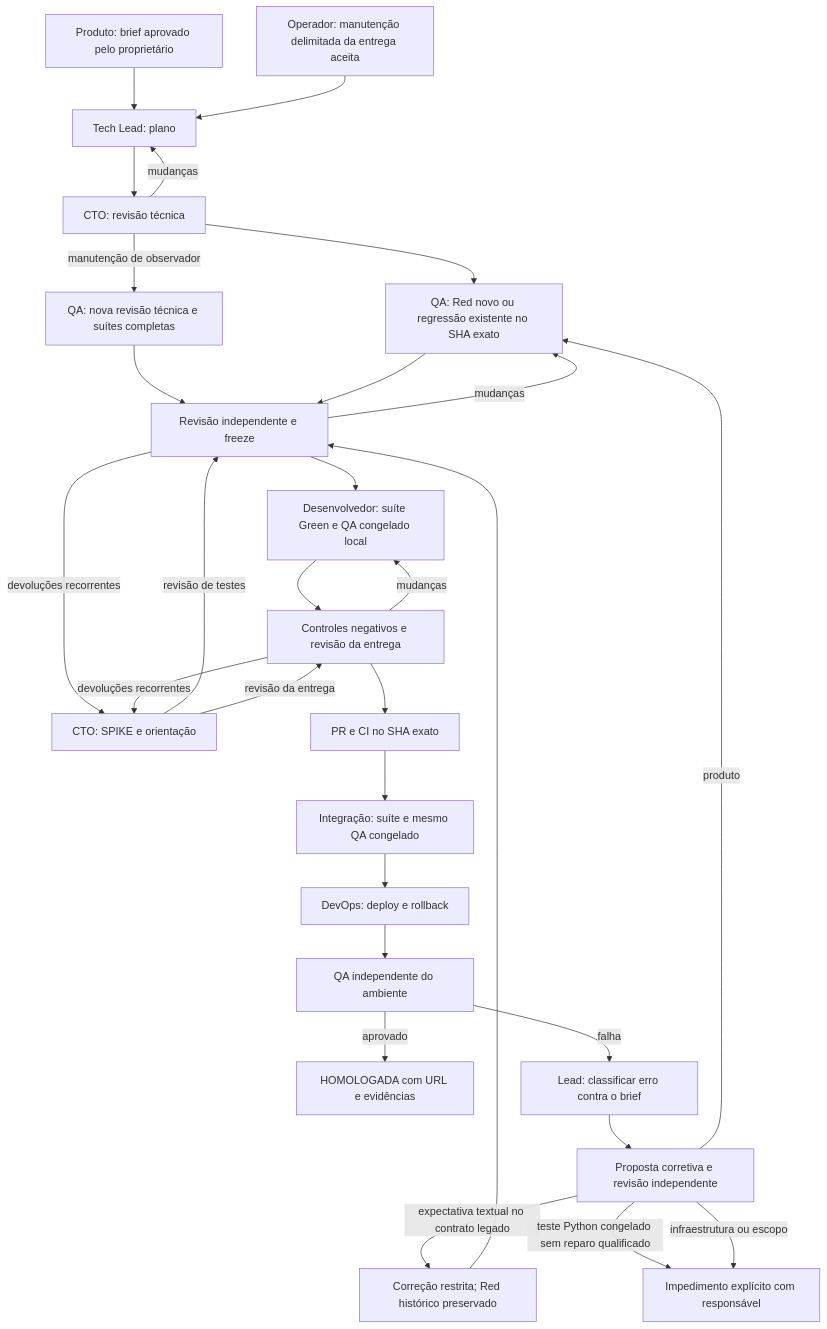
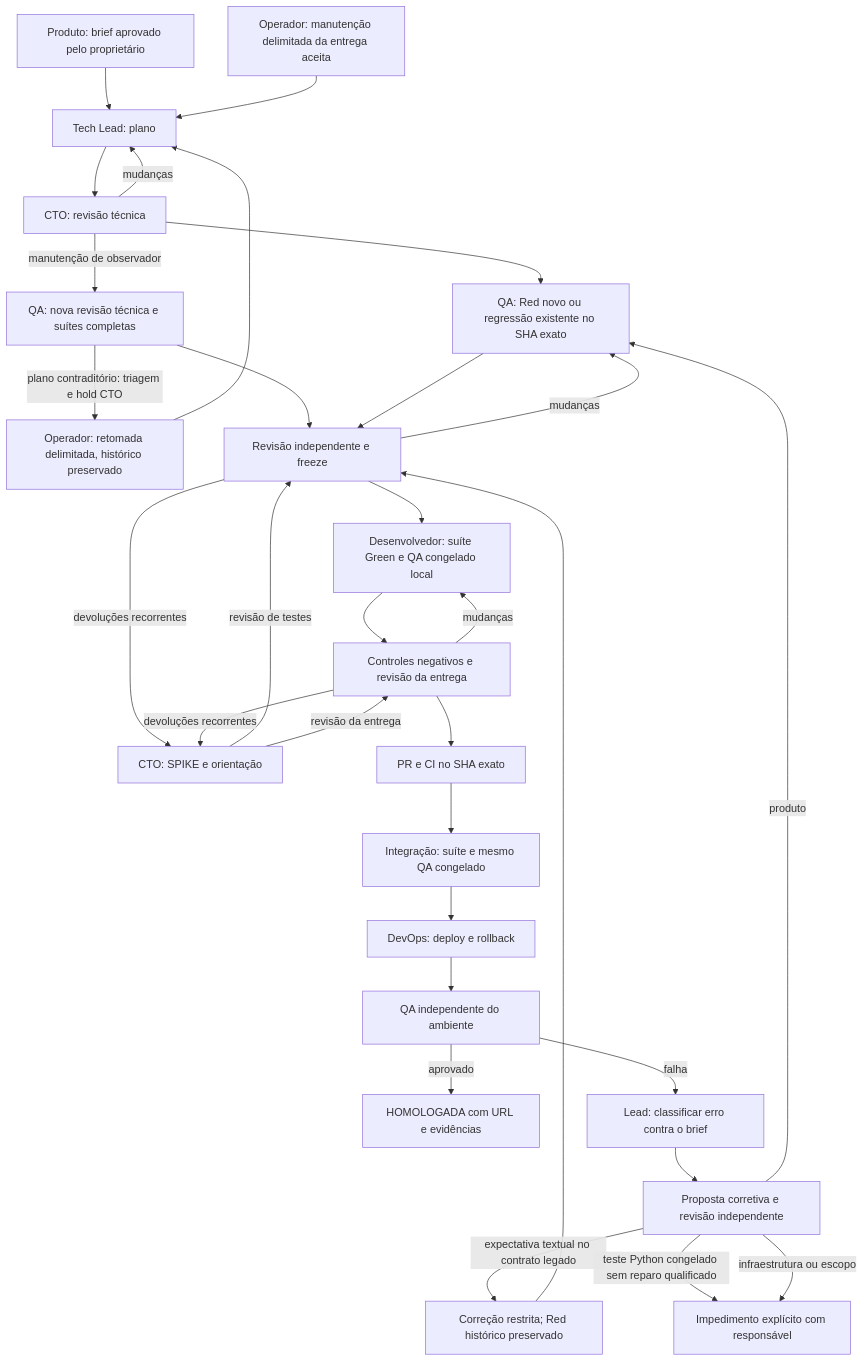
One commit to codifydeep/fabriquinha changed the second of 4 diagrams in README.md. Above: the diagram before and after it, drawn with Mermaid. The commit also changed 6 other files, not shown here.

````diff
--- a/README.md
+++ b/README.md
@@ -97,31 +97,33 @@
 ```mermaid
 flowchart TD
     B[Produto: brief aprovado pelo proprietário] --> P[Tech Lead: plano]
     MA[Operador: manutenção delimitada da entrega aceita] --> P
     P --> C[CTO: revisão técnica]
     C -->|mudanças| P
     C --> T[QA: Red novo ou regressão existente no SHA exato]
     C -->|manutenção de observador| MT[QA: nova revisão técnica e suítes completas]
+    MT -->|plano contraditório: triagem e hold CTO| MR[Operador: retomada delimitada, histórico preservado]
+    MR --> P
     MT --> F
     T --> F[Revisão independente e freeze]
     F -->|mudanças| T
     F --> I[Desenvolvedor: suíte Green e QA congelado local]
     I --> N[Controles negativos e revisão da entrega]
     N -->|mudanças| I
     F -->|devoluções recorrentes| ER[CTO: SPIKE e orientação]
     N -->|devoluções recorrentes| ER
     ER -->|revisão de testes| F
     ER -->|revisão da entrega| N
     N --> PR[PR e CI no SHA exato]
     PR --> M[Integração: suíte e mesmo QA congelado]
     M --> D[DevOps: deploy e rollback]
     D --> Q[QA independente do ambiente]
     Q -->|aprovado| H[HOMOLOGADA com URL e evidências]
     Q -->|falha| X[Lead: classificar erro contra o brief]
     X --> R[Proposta corretiva e revisão independente]
     R -->|produto| T
     R -->|expectativa textual no contrato legado| RT[Correção restrita; Red histórico preservado]
     RT --> F
     R -->|teste Python congelado sem reparo qualificado| E
     R -->|infraestrutura ou escopo| E[Impedimento explícito com responsável]
 ```
````
